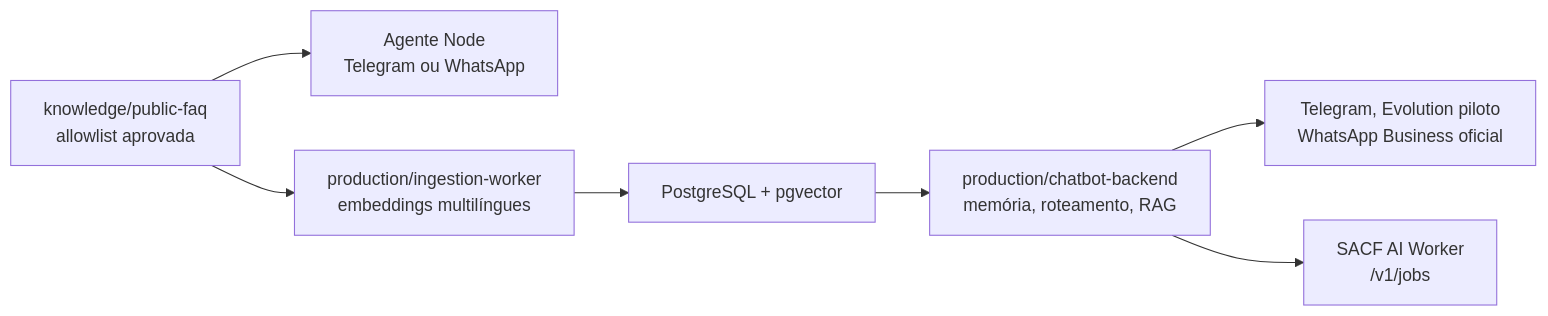
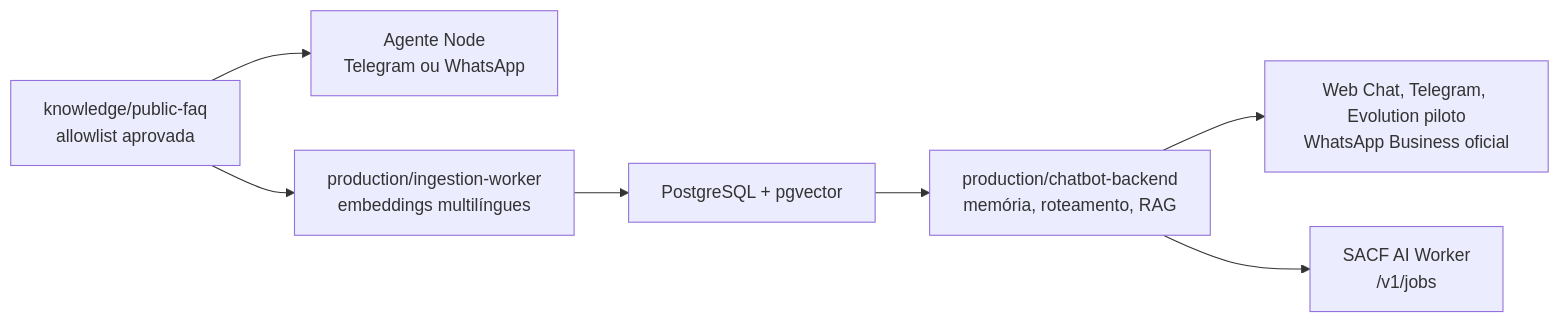
Before and after one commit to pedrobuenozasso/chatbot-prospec-zasso: the diagram in docs/PRODUCTION_ARCHITECTURE.md, drawn with Mermaid. The commit also changed other lines of this file and 2 other files, not shown here.

Commit message:
feat: support secure web chat channel

````diff
--- a/docs/PRODUCTION_ARCHITECTURE.md
+++ b/docs/PRODUCTION_ARCHITECTURE.md
@@ -15,9 +15,9 @@
 ```mermaid
 flowchart LR
   faq["knowledge/public-faq\nallowlist aprovada"] --> mvp["Agente Node\nTelegram ou WhatsApp"]
   faq --> ingest["production/ingestion-worker\nembeddings multilíngues"]
   ingest --> vector["PostgreSQL + pgvector"]
   vector --> backend["production/chatbot-backend\nmemória, roteamento, RAG"]
-  backend --> channel["Telegram, Evolution piloto\nWhatsApp Business oficial"]
+  backend --> channel["Web Chat, Telegram, Evolution piloto\nWhatsApp Business oficial"]
   backend --> worker["SACF AI Worker\n/v1/jobs"]
 ```
````
